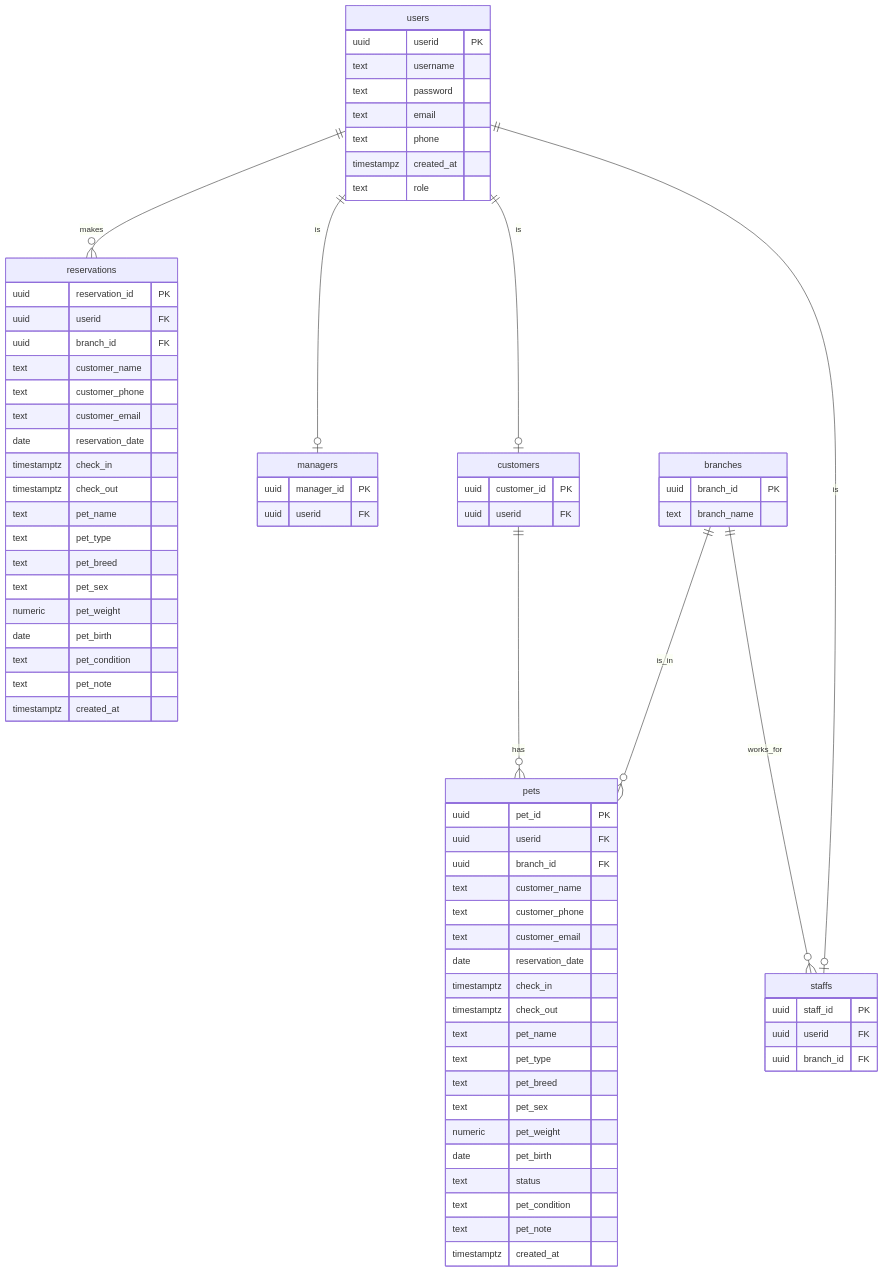
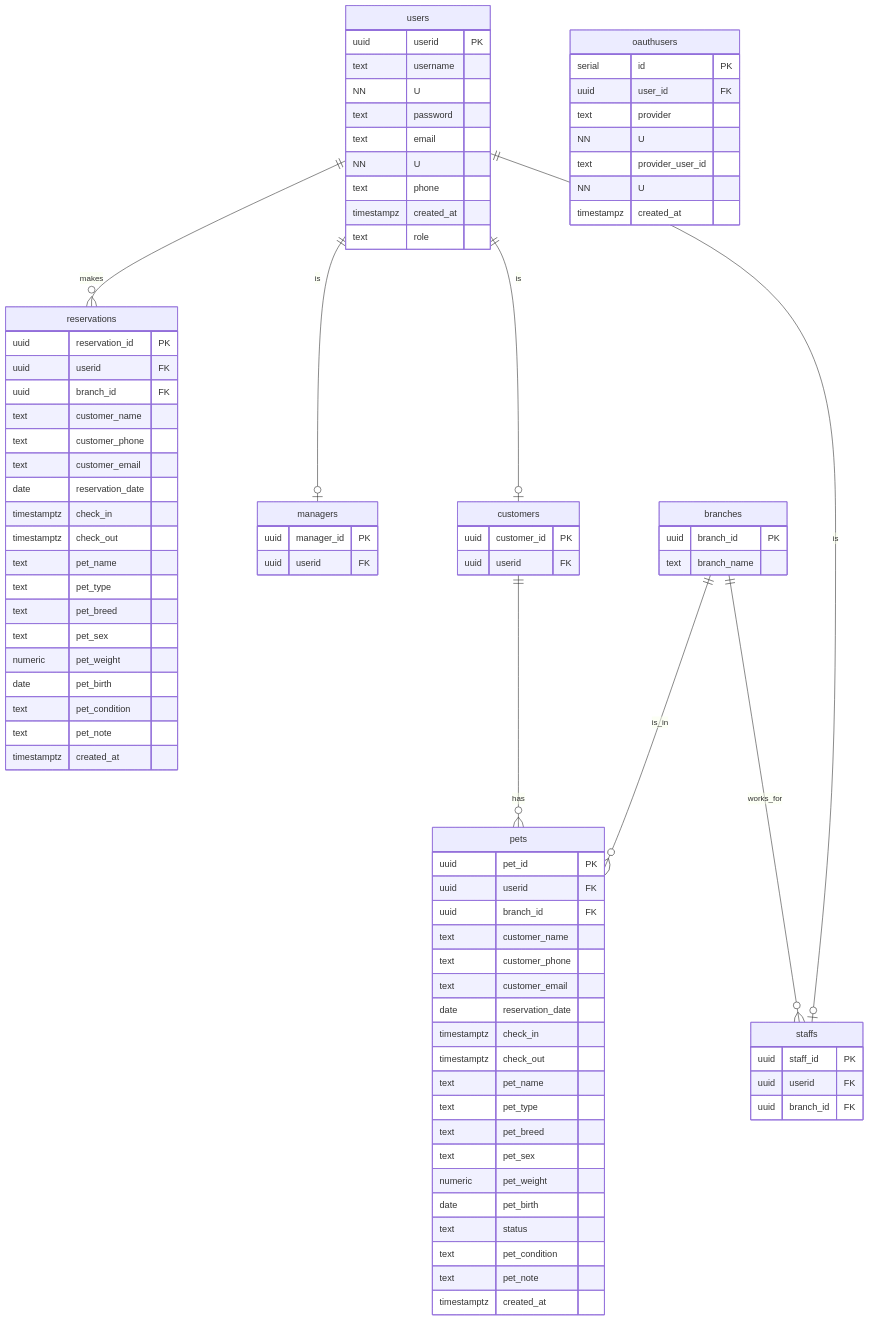
One commit to Rawitath/WanNiFakPrungNiLeaum changed the diagram in backend/DB_SCHEMA.md. Above: the diagram before and after it, drawn with Mermaid. The commit also changed 3 other files, not shown here.

```diff
--- a/backend/DB_SCHEMA.md
+++ b/backend/DB_SCHEMA.md
@@ -11,12 +11,20 @@
     customers ||--o{ pets : has
     branches ||--o{ staffs : works_for
     branches ||--o{ pets : is_in
+
+    oauthusers{
+        serial id PK
+        uuid user_id FK
+        text provider NN U
+        text provider_user_id NN U
+        timestampz created_at
+    }
     users{
         uuid userid PK
-        text username
-        text password
-        text email
-        text phone
+        text username NN U
+        text password 
+        text email NN U
+        text phone 
         timestampz created_at
         text role
     }
```
